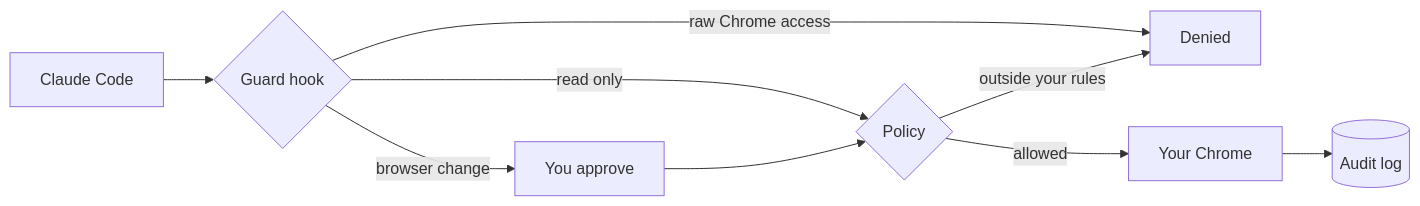
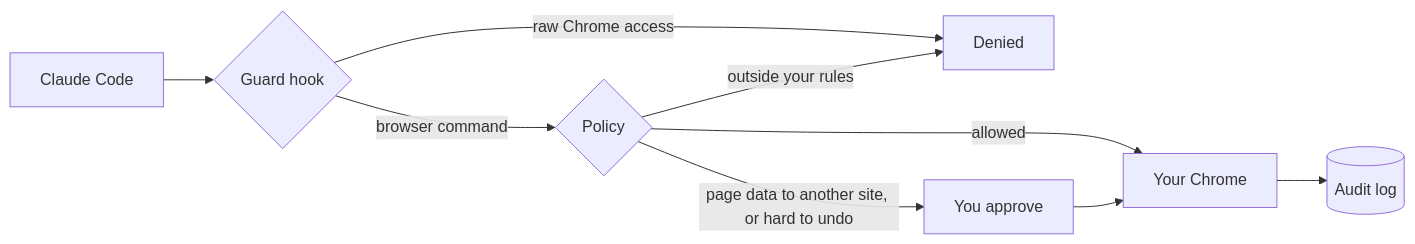
Before and after one commit to tms-vunguyen1/tabsteward: the diagram in README.md, drawn with Mermaid. The commit also changed other lines of this file and 9 other files, not shown here.

````diff
--- a/README.md
+++ b/README.md
@@ -79,11 +82,11 @@
 ```mermaid
 flowchart LR
     A[Claude Code] --> B{Guard hook}
     B -- raw Chrome access --> X[Denied]
-    B -- browser change --> C[You approve]
-    B -- read only --> D{Policy}
-    C --> D
+    B -- browser command --> D{Policy}
     D -- outside your rules --> X
     D -- allowed --> E[Your Chrome]
+    D -- page data to another site, or hard to undo --> C[You approve]
+    C --> E
     E --> F[(Audit log)]
 ```
````
